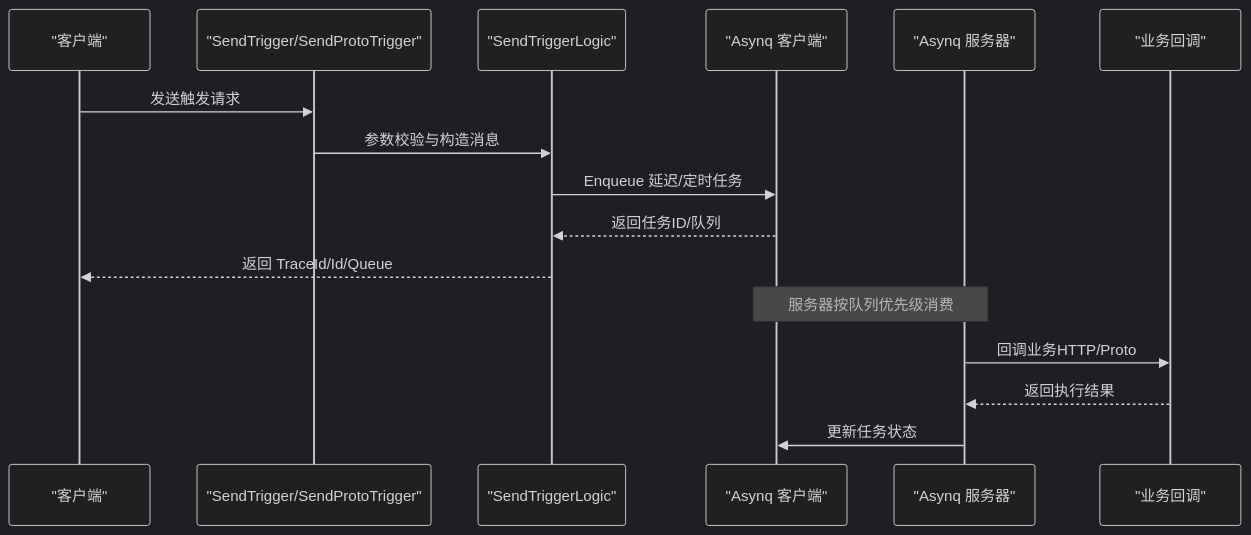
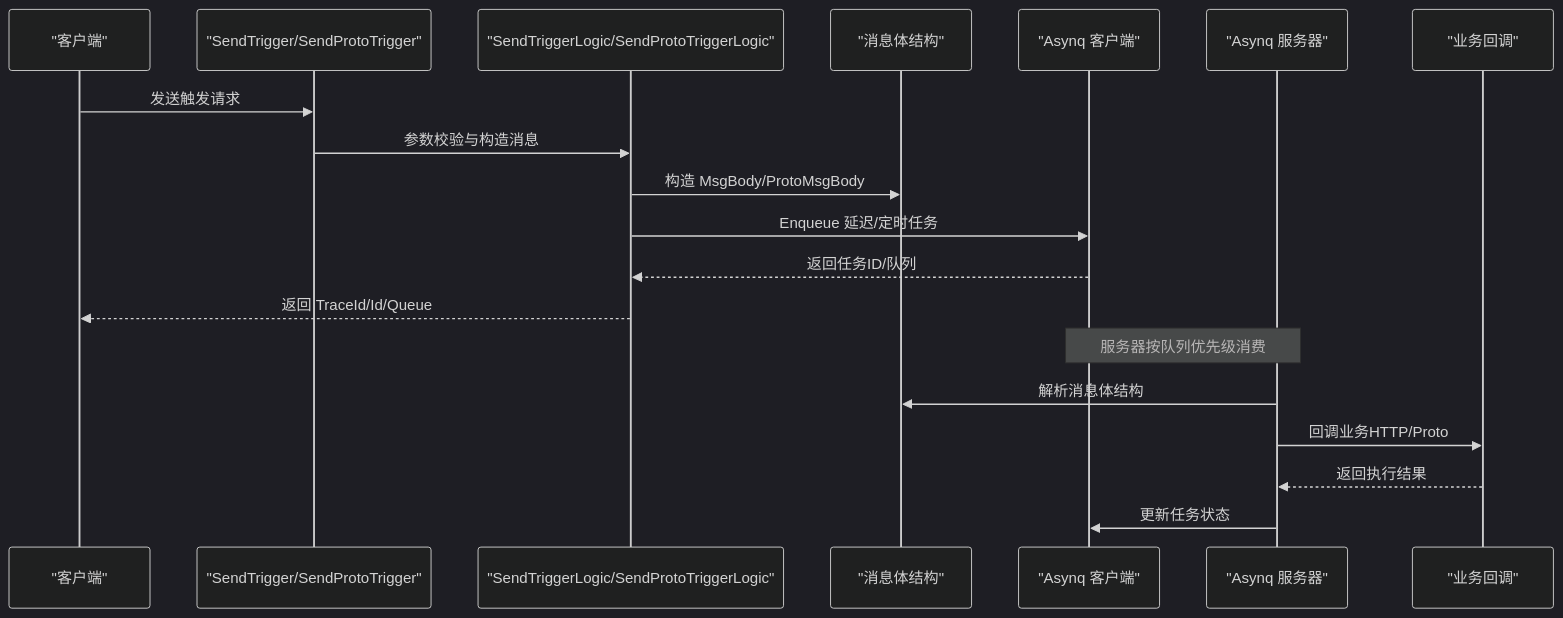
Before and after one commit to maomao94/zero-service: the fourth of 7 diagrams in .qoder/repowiki/zh/content/核心服务详解/触发器服务/触发器服务.md, drawn with Mermaid (dark theme). The commit also changed other lines of this file and 19 other files, not shown here.

````diff
--- a/.qoder/repowiki/zh/content/核心服务详解/触发器服务/触发器服务.md
+++ b/.qoder/repowiki/zh/content/核心服务详解/触发器服务/触发器服务.md
@@ -198,18 +229,21 @@
 ```mermaid
 sequenceDiagram
 participant Client as "客户端"
 participant API as "SendTrigger/SendProtoTrigger"
-participant Logic as "SendTriggerLogic"
+participant Logic as "SendTriggerLogic/SendProtoTriggerLogic"
+participant MSG as "消息体结构"
 participant Asynq as "Asynq 客户端"
 participant Server as "Asynq 服务器"
 participant Biz as "业务回调"
 Client->>API : 发送触发请求
 API->>Logic : 参数校验与构造消息
+Logic->>MSG : 构造 MsgBody/ProtoMsgBody
 Logic->>Asynq : Enqueue 延迟/定时任务
 Asynq-->>Logic : 返回任务ID/队列
 Logic-->>Client : 返回 TraceId/Id/Queue
 Note over Asynq,Server : 服务器按队列优先级消费
+Server->>MSG : 解析消息体结构
 Server->>Biz : 回调业务HTTP/Proto
 Biz-->>Server : 返回执行结果
 Server->>Asynq : 更新任务状态
 ```
````
